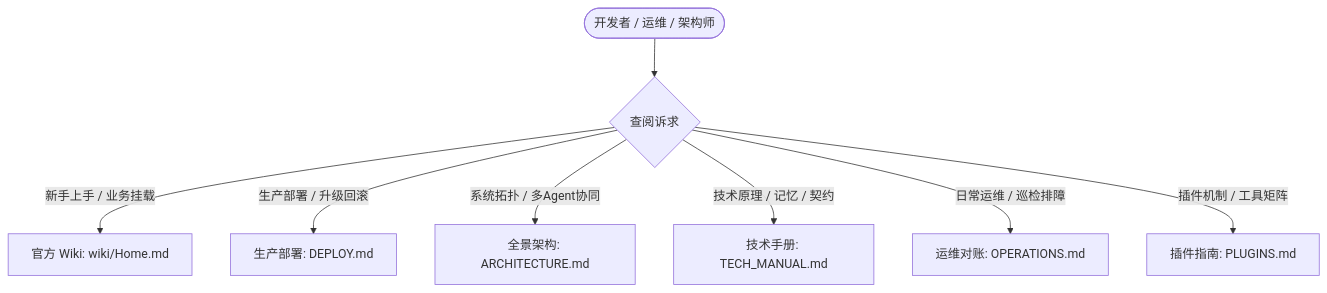
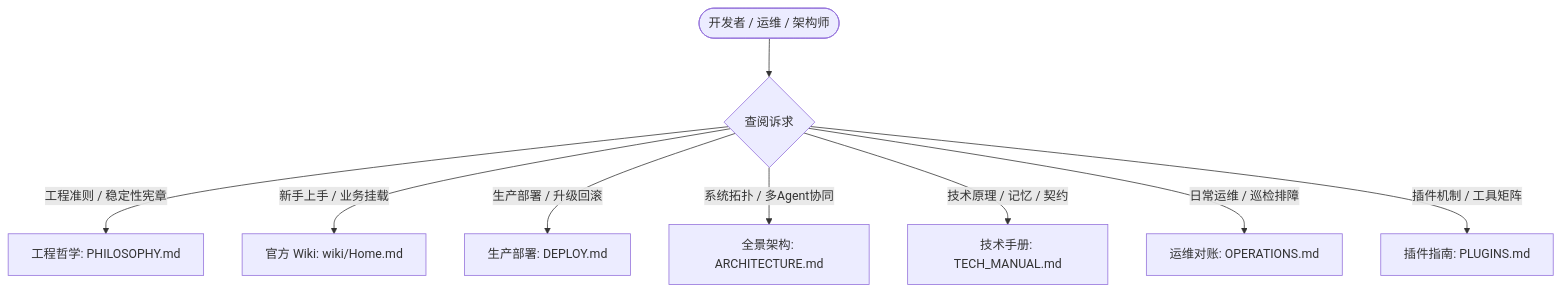
One commit to caixuf/super-agent changed the diagram in docs/README.md. Above: the diagram before and after it, drawn with Mermaid. The commit also changed other lines of this file and 8 other files, not shown here.

````diff
--- a/docs/README.md
+++ b/docs/README.md
@@ -9,10 +9,11 @@
 ```mermaid
 flowchart TD
     User([开发者 / 运维 / 架构师]) --> Choose{查阅诉求}
+    Choose -->|工程准则 / 稳定性宪章| Phil[工程哲学: PHILOSOPHY.md]
     Choose -->|新手上手 / 业务挂载| Wiki[官方 Wiki: wiki/Home.md]
     Choose -->|生产部署 / 升级回滚| Deploy[生产部署: DEPLOY.md]
     Choose -->|系统拓扑 / 多Agent协同| Arch[全景架构: ARCHITECTURE.md]
     Choose -->|技术原理 / 记忆 / 契约| Tech[技术手册: TECH_MANUAL.md]
     Choose -->|日常运维 / 巡检排障| Ops[运维对账: OPERATIONS.md]
     Choose -->|插件机制 / 工具矩阵| Plugins[插件指南: PLUGINS.md]
 ```
````
